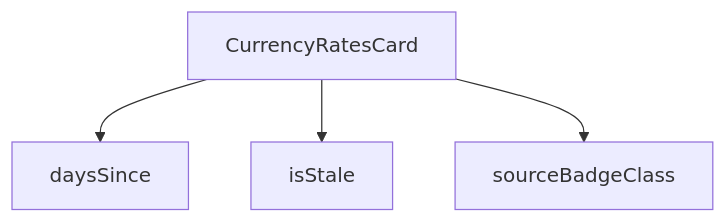
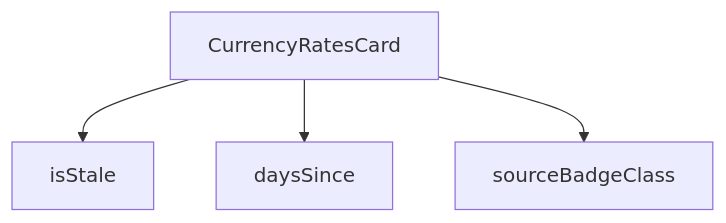
One commit to peckop/venthub-hvac-esite changed the diagram in src/components/admin/pricing/CurrencyRatesCard.md. Above: the diagram before and after it, drawn with Mermaid. The commit also changed other lines of this file and 40 other files, not shown here.

````diff
--- a/src/components/admin/pricing/CurrencyRatesCard.md
+++ b/src/components/admin/pricing/CurrencyRatesCard.md
@@ -139,10 +163,10 @@
 ```mermaid
 graph TD
     CurrencyRatesCard_tsx__CurrencyRatesCard["CurrencyRatesCard"]
     CurrencyRatesCard_tsx__daysSince["daysSince"]
     CurrencyRatesCard_tsx__isStale["isStale"]
     CurrencyRatesCard_tsx__sourceBadgeClass["sourceBadgeClass"]
+    CurrencyRatesCard_tsx__CurrencyRatesCard --> CurrencyRatesCard_tsx__isStale
     CurrencyRatesCard_tsx__CurrencyRatesCard --> CurrencyRatesCard_tsx__daysSince
-    CurrencyRatesCard_tsx__CurrencyRatesCard --> CurrencyRatesCard_tsx__isStale
     CurrencyRatesCard_tsx__CurrencyRatesCard --> CurrencyRatesCard_tsx__sourceBadgeClass
 ```
````
